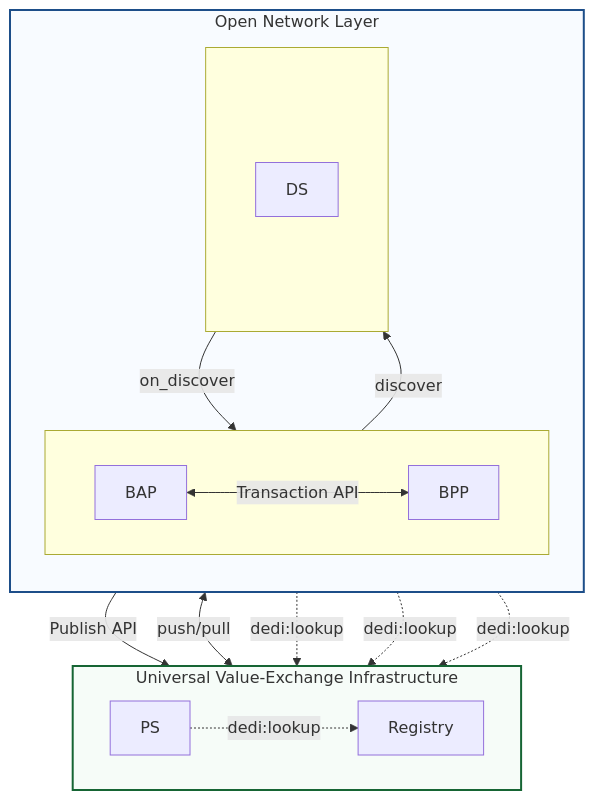
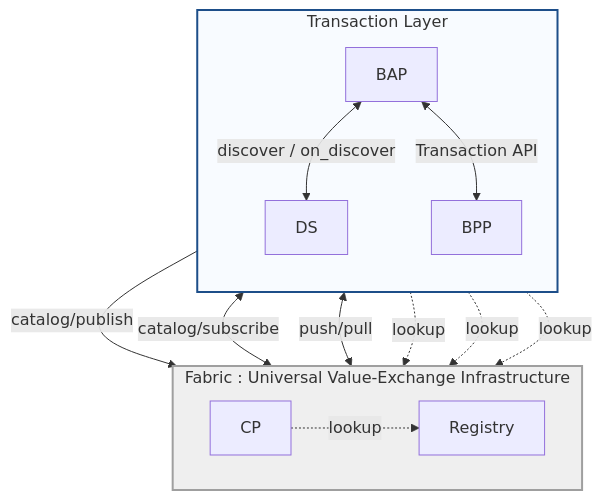
One commit to beckn/protocol-specifications-v2 changed the second of 4 diagrams in docs/03_The_Beckn_Protocol_Stack.md. Above: the diagram before and after it, drawn with Mermaid. The commit also changed other lines of this file and 6 other files, not shown here.

````diff
--- a/docs/03_The_Beckn_Protocol_Stack.md
+++ b/docs/03_The_Beckn_Protocol_Stack.md
@@ -54,42 +101,26 @@
 ```mermaid
 flowchart TB
-    subgraph TOP[Open Network Layer]
+    subgraph TOP[Transaction Layer]
         direction TB
-
-        subgraph TOP_ROW[ ]
-            direction LR
-            BAP[BAP]
-            BPP[BPP]
-        end
-
-        subgraph DS_ROW[ ]
-            direction LR
-            PAD_L[ ]
-            DS[DS]
-            PAD_R[ ]
-        end
-
-        BAP -->|discover| DS
-        DS -->|on_discover| BAP
+        BAP <-->|discover / on_discover| DS
         BAP <-->|Transaction API| BPP
     end
 
-    subgraph BOTTOM[Universal Value-Exchange Infrastructure]
+    subgraph BOTTOM[Fabric : Universal Value-Exchange Infrastructure]
         direction LR
         REG[Registry]
-        PS[PS]
+        CP[CP]
     end
 
-    BPP -->|Publish API| PS
-    DS <-->|push/pull| PS
+    BPP -->|catalog/publish| CP
+    DS <-->|catalog/subscribe| CP
+    DS <-->|push/pull| CP
 
-    BAP -.->|dedi:lookup| REG
-    BPP -.->|dedi:lookup| REG
-    DS -.->|dedi:lookup| REG
-    PS -.->|dedi:lookup| REG
+    BAP -.->|lookup| REG
+    BPP -.->|lookup| REG
+    DS -.->|lookup| REG
+    CP -.->|lookup| REG
 
     style TOP fill:#f8fbff,stroke:#1d4e89,stroke-width:2px
-    style BOTTOM fill:#f6fcf8,stroke:#166534,stroke-width:2px
-    style PAD_L fill:transparent,stroke:transparent
-    style PAD_R fill:transparent,stroke:transparent
+    style BOTTOM fill:#efefef,stroke:#9f9f9f,stroke-width:2px
 ```
````
